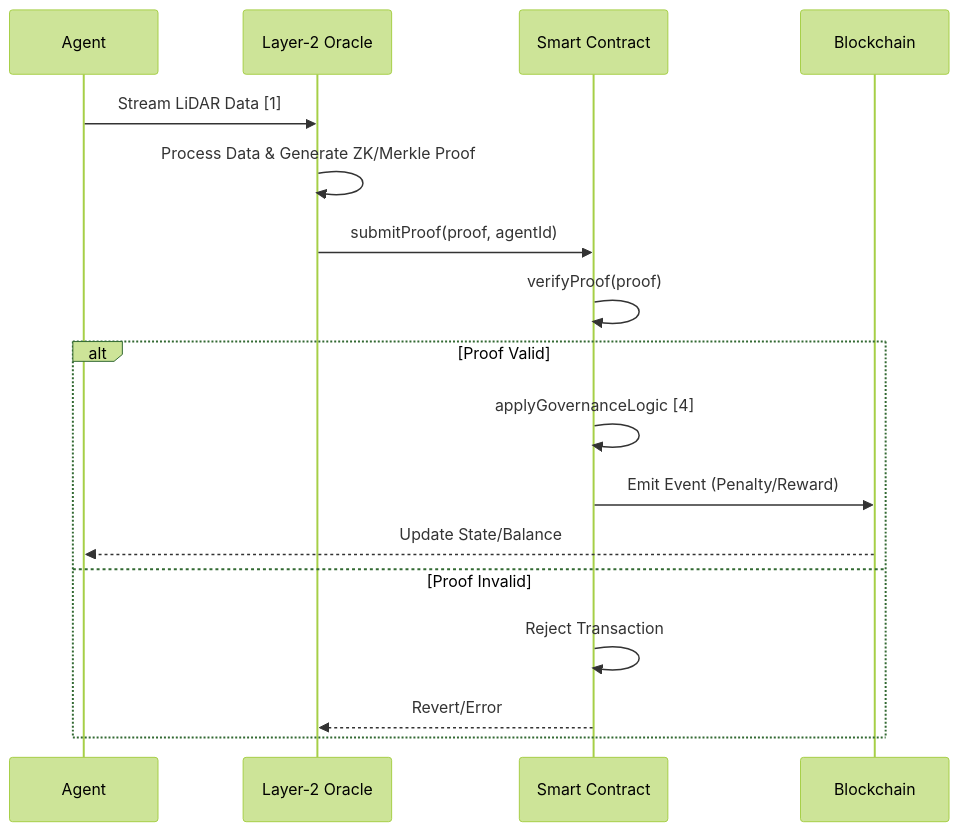
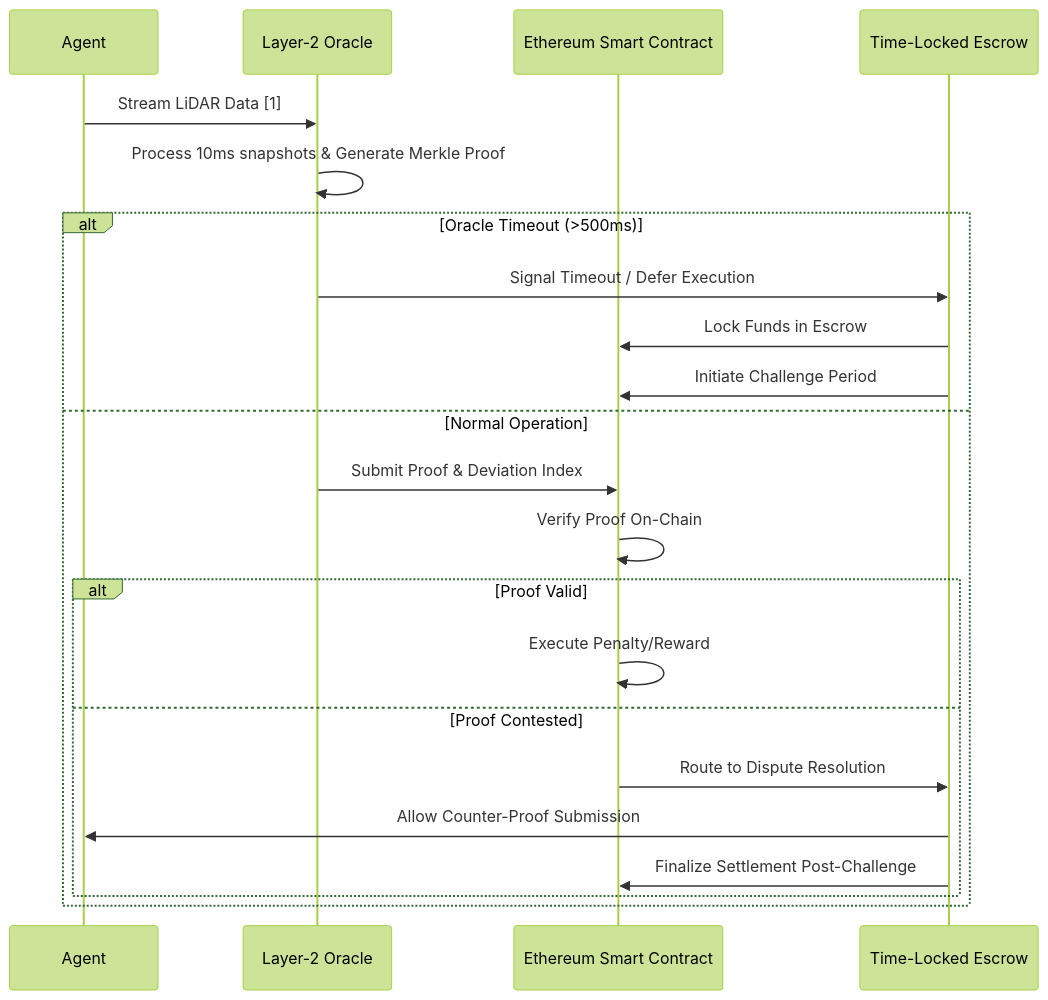
Before and after one commit to shawnhvac/agentworld-prior-art: the diagram in inventions/inv_swarm_task_routing_concept_by_amelia_93b63.md, drawn with Mermaid (forest theme). The commit also changed other lines of this file and 129 other files, not shown here.

````diff
--- a/inventions/inv_swarm_task_routing_concept_by_amelia_93b63.md
+++ b/inventions/inv_swarm_task_routing_concept_by_amelia_93b63.md
@@ -47,19 +47,25 @@
 ```mermaid
 sequenceDiagram
     participant Agent
     participant Oracle as Layer-2 Oracle
-    participant SC as Smart Contract
-    participant Blockchain
+    participant Chain as Ethereum Smart Contract
+    participant Escrow as Time-Locked Escrow
+
     Agent->>Oracle: Stream LiDAR Data [1]
-    Oracle->>Oracle: Process Data & Generate ZK/Merkle Proof
-    Oracle->>SC: submitProof(proof, agentId)
-    SC->>SC: verifyProof(proof)
-    alt Proof Valid
-        SC->>SC: applyGovernanceLogic [4]
-        SC->>Blockchain: Emit Event (Penalty/Reward)
-        Blockchain-->>Agent: Update State/Balance
-    else Proof Invalid
-        SC->>SC: Reject Transaction
-        SC-->>Oracle: Revert/Error
+    Oracle->>Oracle: Process 10ms snapshots & Generate Merkle Proof
+    alt Oracle Timeout (>500ms)
+        Oracle->>Escrow: Signal Timeout / Defer Execution
+        Escrow->>Chain: Lock Funds in Escrow
+        Escrow->>Chain: Initiate Challenge Period
+    else Normal Operation
+        Oracle->>Chain: Submit Proof & Deviation Index
+        Chain->>Chain: Verify Proof On-Chain
+        alt Proof Valid
+            Chain->>Chain: Execute Penalty/Reward
+        else Proof Contested
+            Chain->>Escrow: Route to Dispute Resolution
+            Escrow->>Agent: Allow Counter-Proof Submission
+            Escrow->>Chain: Finalize Settlement Post-Challenge
+        end
     end
 ```
````
